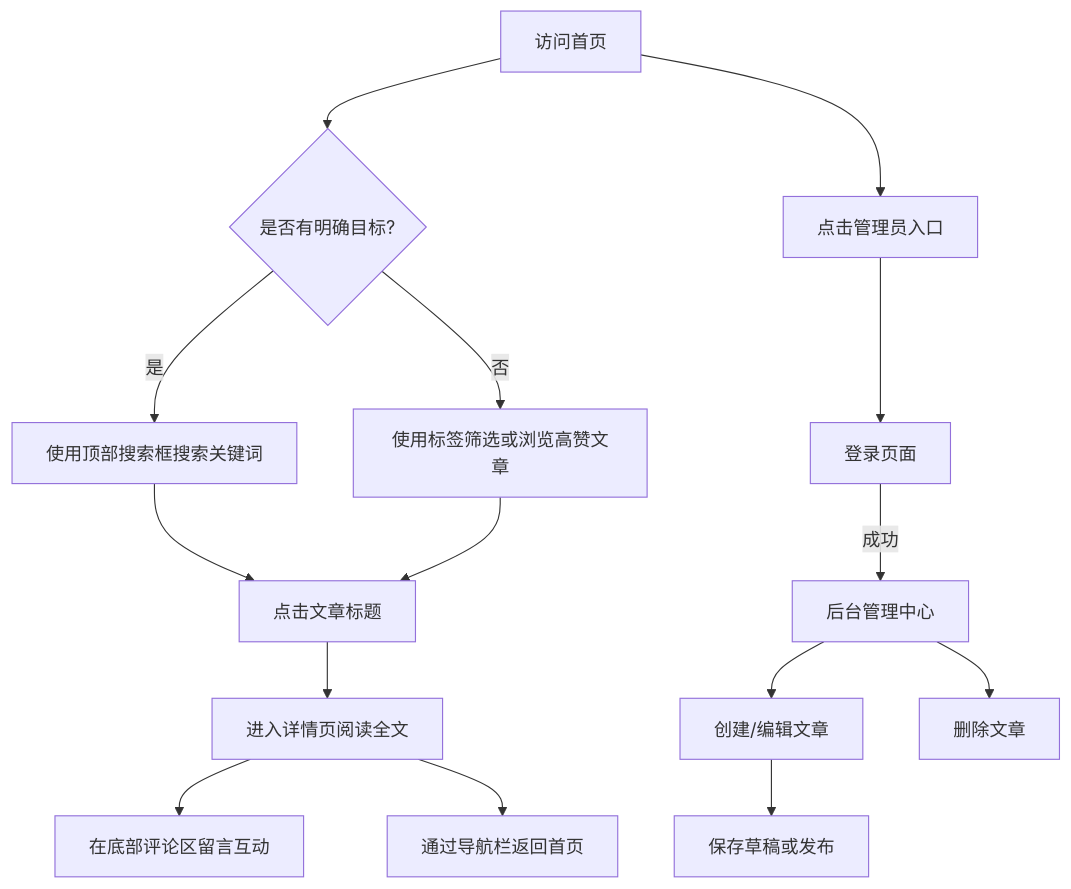
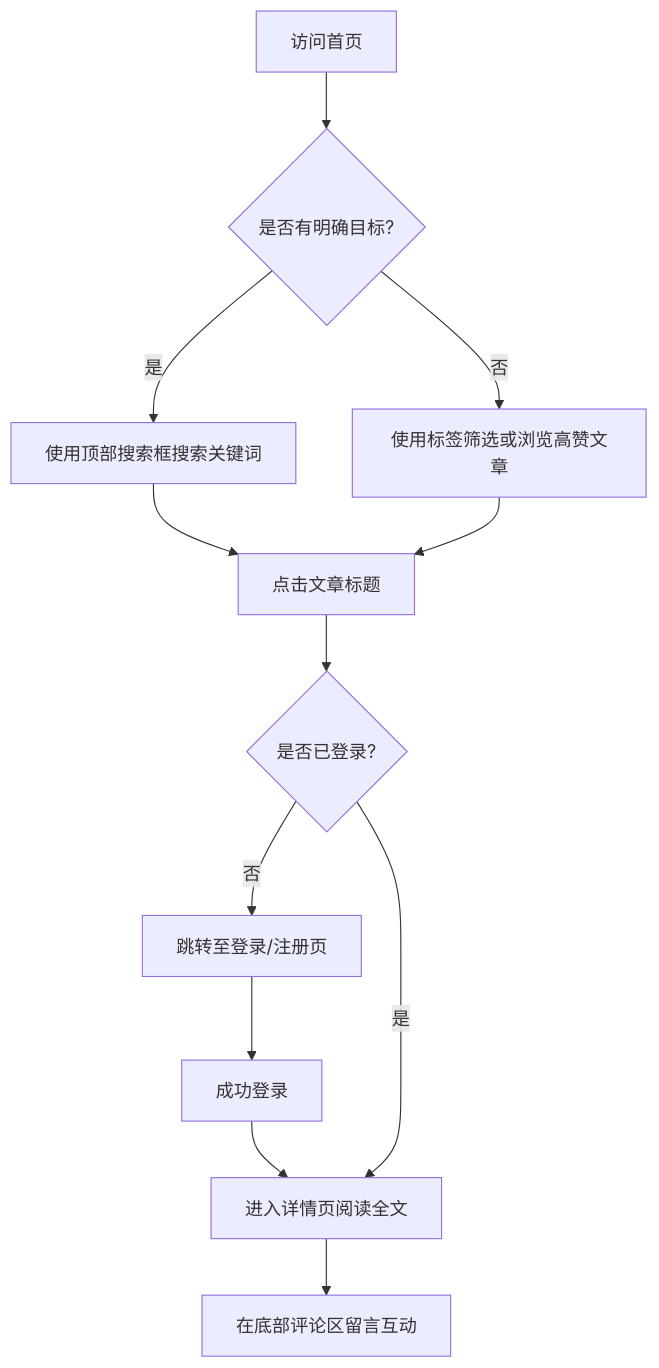
The diagram in .trae/documents/prd.md (Yxl20240310/blog), drawn with Mermaid before and after one commit. The commit also changed other lines of this file and 8 other files, not shown here.

````diff
--- a/.trae/documents/prd.md
+++ b/.trae/documents/prd.md
@@ -35,17 +37,14 @@
 ```mermaid
 graph TD
     A["访问首页"] --> B{"是否有明确目标?"}
     B -- "是" --> C["使用顶部搜索框搜索关键词"]
     B -- "否" --> D["使用标签筛选或浏览高赞文章"]
     C --> E["点击文章标题"]
     D --> E
-    E --> F["进入详情页阅读全文"]
-    F --> G["在底部评论区留言互动"]
-    F --> H["通过导航栏返回首页"]
-    A --> I["点击管理员入口"]
-    I --> J["登录页面"]
-    J -- "成功" --> K["后台管理中心"]
-    K --> L["创建/编辑文章"]
-    L --> M["保存草稿或发布"]
-    K --> N["删除文章"]
+    E --> F{"是否已登录?"}
+    F -- "否" --> G["跳转至登录/注册页"]
+    G --> H["成功登录"]
+    H --> I["进入详情页阅读全文"]
+    F -- "是" --> I
+    I --> J["在底部评论区留言互动"]
 ```
````
